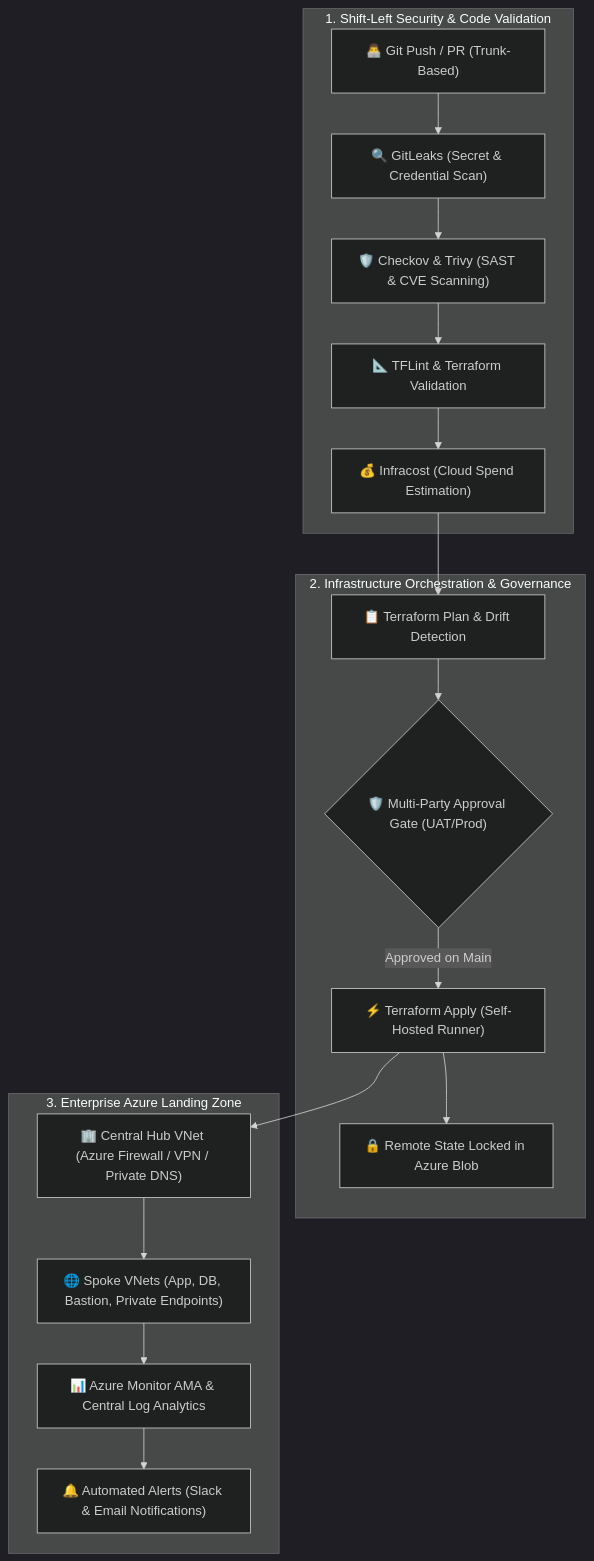
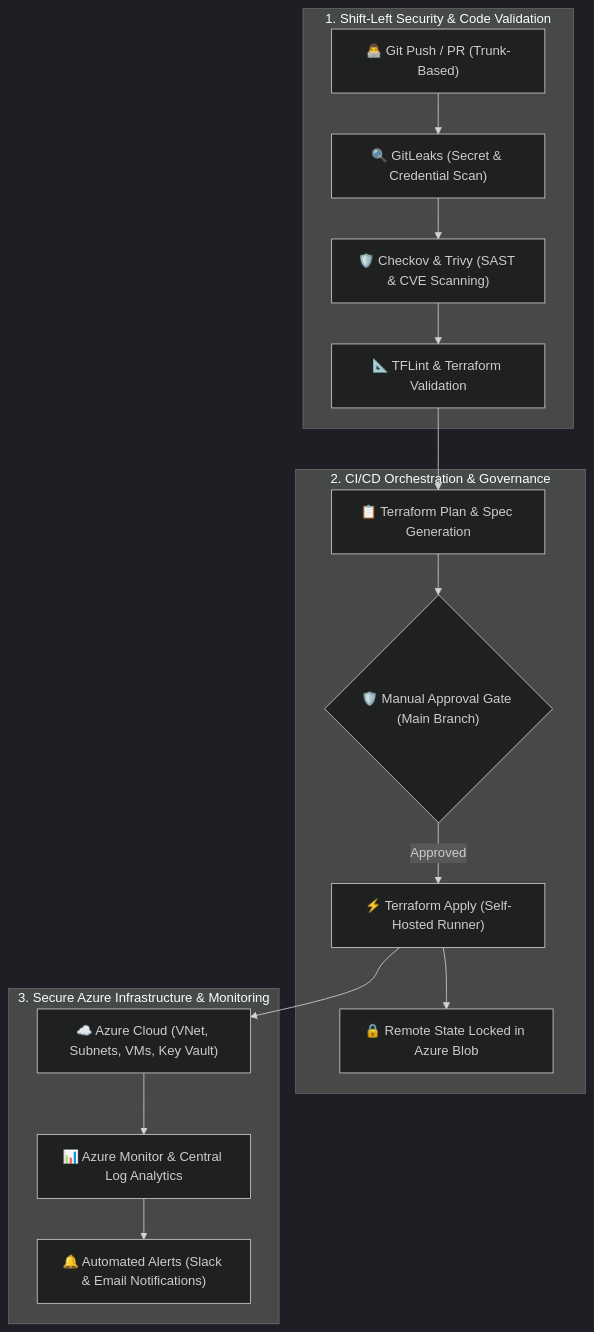
One commit to cpandey1993-ux/cpandey1993-ux changed the diagram in README.md. Above: the diagram before and after it, drawn with Mermaid (dark theme). The commit also changed other lines of this file and 1 other file, not shown here.

````diff
--- a/README.md
+++ b/README.md
@@ -65,23 +56,21 @@
 ```mermaid
 flowchart TD
     subgraph S1 ["1. Shift-Left Security & Code Validation"]
         A["👨‍💻 Git Push / PR (Trunk-Based)"] --> B["🔍 GitLeaks (Secret & Credential Scan)"]
         B --> C["🛡️ Checkov & Trivy (SAST & CVE Scanning)"]
         C --> D["📐 TFLint & Terraform Validation"]
-        D --> E["💰 Infracost (Cloud Spend Estimation)"]
     end
 
-    subgraph S2 ["2. Infrastructure Orchestration & Governance"]
-        E --> F["📋 Terraform Plan & Drift Detection"]
-        F --> G{"🛡️ Multi-Party Approval Gate (UAT/Prod)"}
-        G -->|Approved on Main| H["⚡ Terraform Apply (Self-Hosted Runner)"]
-        H --> I["🔒 Remote State Locked in Azure Blob"]
+    subgraph S2 ["2. CI/CD Orchestration & Governance"]
+        D --> E["📋 Terraform Plan & Spec Generation"]
+        E --> F{"🛡️ Manual Approval Gate (Main Branch)"}
+        F -->|Approved| G["⚡ Terraform Apply (Self-Hosted Runner)"]
+        G --> H["🔒 Remote State Locked in Azure Blob"]
     end
 
-    subgraph S3 ["3. Enterprise Azure Landing Zone"]
-        H --> J["🏢 Central Hub VNet (Azure Firewall / VPN / Private DNS)"]
-        J --> K["🌐 Spoke VNets (App, DB, Bastion, Private Endpoints)"]
-        K --> L["📊 Azure Monitor AMA & Central Log Analytics"]
-        L --> M["🔔 Automated Alerts (Slack & Email Notifications)"]
+    subgraph S3 ["3. Secure Azure Infrastructure & Monitoring"]
+        G --> I["☁️ Azure Cloud (VNet, Subnets, VMs, Key Vault)"]
+        I --> J["📊 Azure Monitor & Central Log Analytics"]
+        J --> K["🔔 Automated Alerts (Slack & Email Notifications)"]
     end
 ```
````
